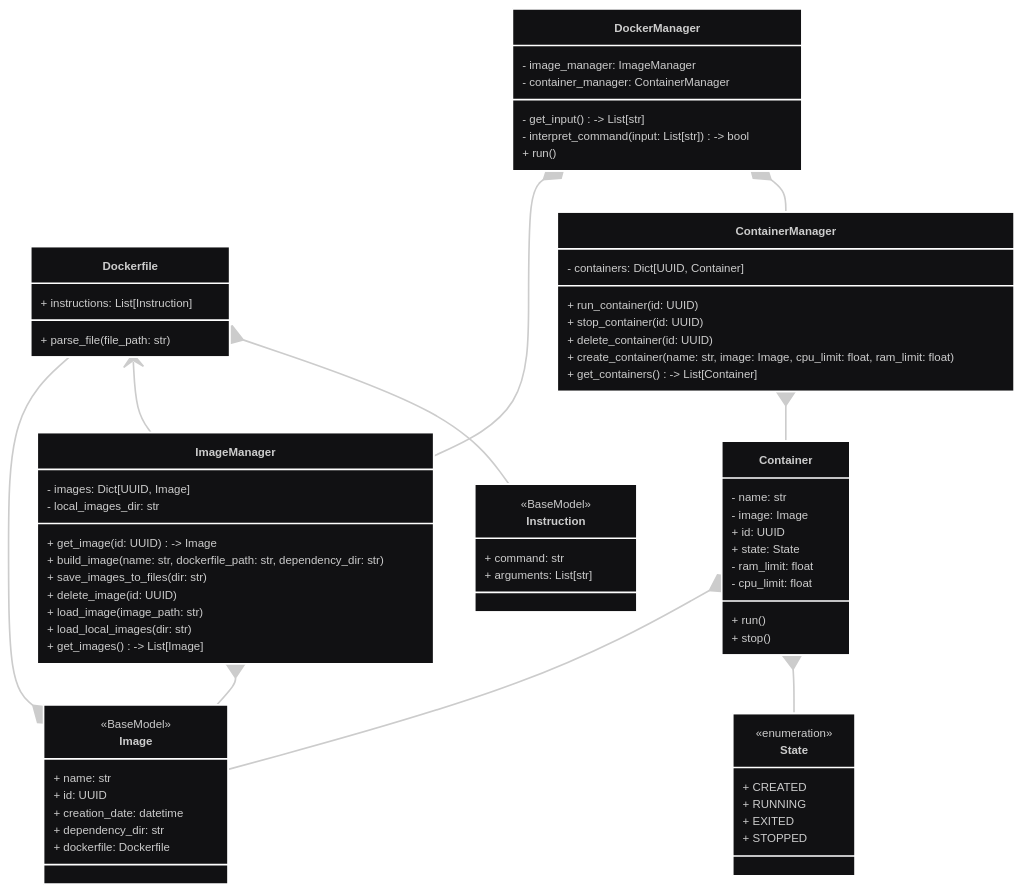
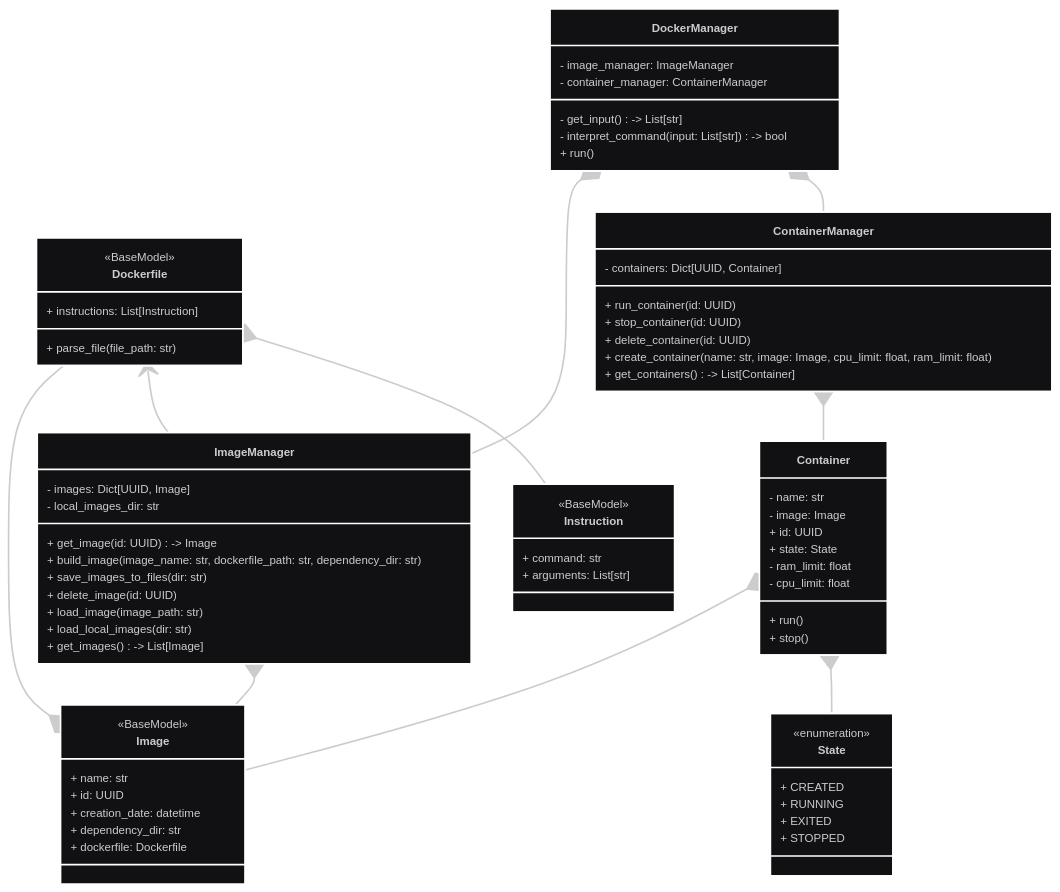
One commit to alonshuld/docker_poc changed the diagram in UML.mmd. Above: the diagram before and after it, drawn with Mermaid.

Commit message:
Refine UML: Add <<BaseModel>> to Dockerfile and update build_image parameter name

```diff
--- a/UML.mmd
+++ b/UML.mmd
@@ -1,76 +1,77 @@
 ---
 config:
   theme: redux-dark
 ---
 classDiagram
 direction TB
     class Instruction {
 		<<BaseModel>>
 	    + command: str
 	    + arguments: List[str]
     }
     class Dockerfile {
+		<<BaseModel>>
 	    + instructions: List[Instruction]
 	    + parse_file(file_path: str)
     }
     class Image {
 		<<BaseModel>>
 	    + name: str
 	    + id: UUID
 	    + creation_date: datetime
 	    + dependency_dir: str
 		+ dockerfile: Dockerfile
     }
     class ImageManager {
 	    - images: Dict[UUID, Image]
 		- local_images_dir: str
 		+ get_image(id: UUID) -> Image
-	    + build_image(name: str, dockerfile_path: str, dependency_dir: str)
+	    + build_image(image_name: str, dockerfile_path: str, dependency_dir: str)
 		+ save_images_to_files(dir: str)
 	    + delete_image(id: UUID)
 	    + load_image(image_path: str)
 	    + load_local_images(dir: str)
 	    + get_images() -> List[Image]
     }
     class Container {
 	    - name: str
 	    - image: Image
 	    + id: UUID
 	    + state: State
 		- ram_limit: float
 		- cpu_limit: float
 	    + run()
 	    + stop()
     }
     class State {
 		<<enumeration>>
 	    + CREATED
 	    + RUNNING
 	    + EXITED
 		+ STOPPED
     }
     class ContainerManager {
 	    - containers: Dict[UUID, Container]
 	    + run_container(id: UUID)
 	    + stop_container(id: UUID)
 	    + delete_container(id: UUID)
 	    + create_container(name: str, image: Image, cpu_limit: float, ram_limit: float)
 	    + get_containers() -> List[Container]
     }
     class DockerManager {
 	    - image_manager: ImageManager
 	    - container_manager: ContainerManager
 	    - get_input() -> List[str]
 	    - interpret_command(input: List[str]) -> bool
 	    + run()
     }
   
     ImageManager *-- Image
     Dockerfile *-- Instruction
     Container *-- State
     Dockerfile <-- ImageManager
 	Image *-- Dockerfile
     Container *-- Image
     ContainerManager *-- Container
     DockerManager *-- ContainerManager
     DockerManager *-- ImageManager
```
